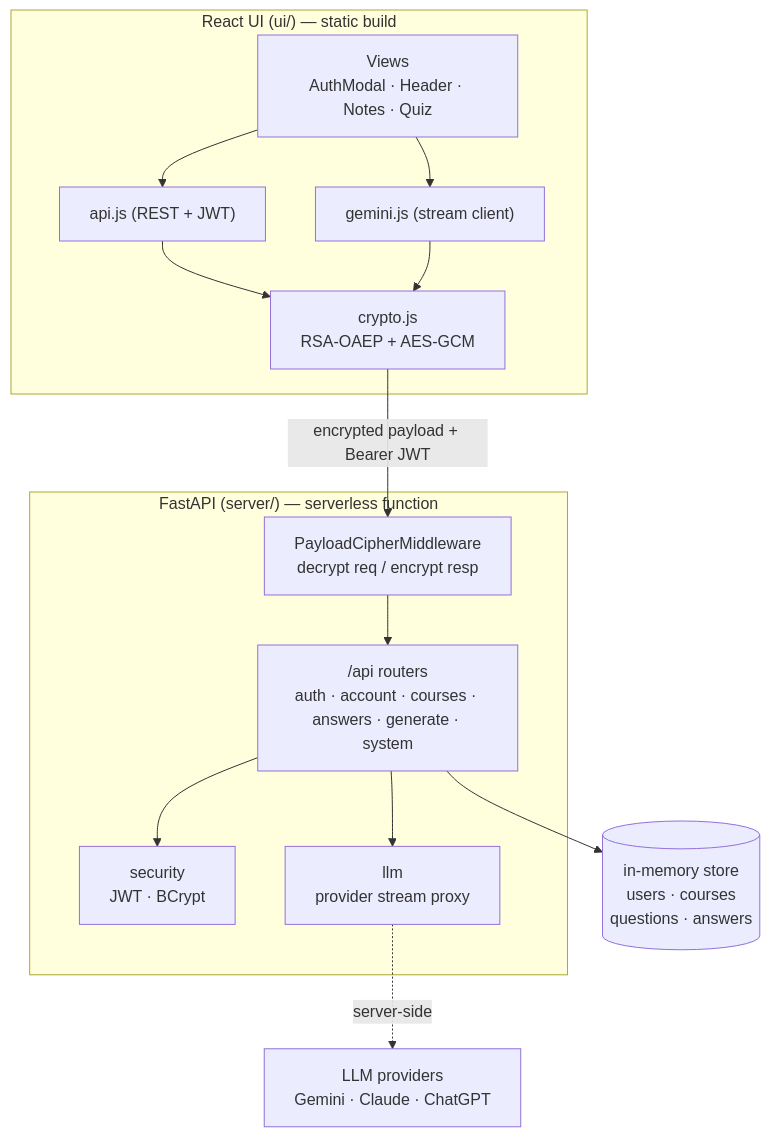
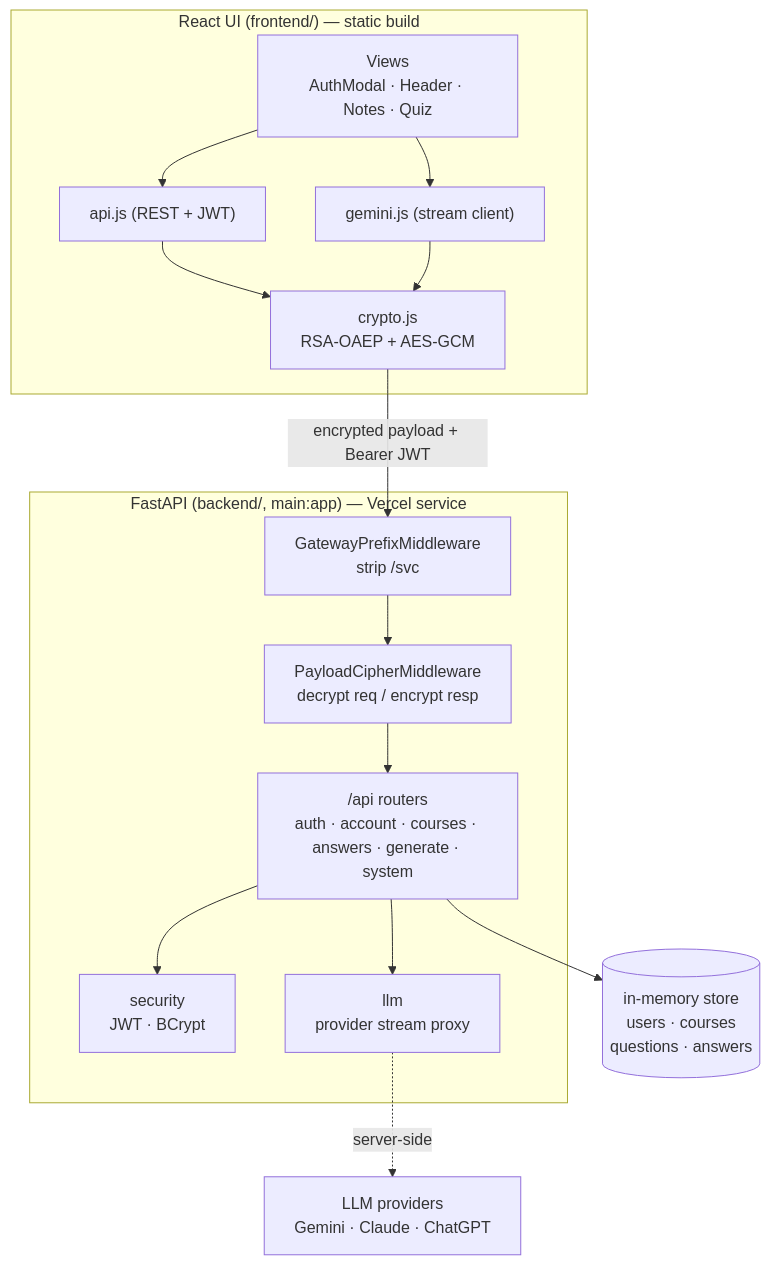
The first of 5 diagrams in docs/ARCHITECTURE.md (rishabh750/quiz), drawn with Mermaid before and after one commit. The commit also changed other lines of this file and 48 other files, not shown here.

````diff
--- a/docs/ARCHITECTURE.md
+++ b/docs/ARCHITECTURE.md
@@ -9,27 +9,28 @@
 ```mermaid
 graph TB
-  subgraph UI["React UI (ui/) — static build"]
+  subgraph UI["React UI (frontend/) — static build"]
     V["Views<br/>AuthModal · Header · Notes · Quiz"]
     API["api.js (REST + JWT)"]
     CR["crypto.js<br/>RSA-OAEP + AES-GCM"]
     LLM["gemini.js (stream client)"]
     V --> API --> CR
     V --> LLM --> CR
   end
 
-  subgraph Backend["FastAPI (server/) — serverless function"]
+  subgraph Backend["FastAPI (backend/, main:app) — Vercel service"]
+    GW["GatewayPrefixMiddleware<br/>strip /svc"]
     MW["PayloadCipherMiddleware<br/>decrypt req / encrypt resp"]
     R["/api routers<br/>auth · account · courses · answers · generate · system"]
     SEC["security<br/>JWT · BCrypt"]
     PROXY["llm<br/>provider stream proxy"]
-    MW --> R --> SEC
+    GW --> MW --> R --> SEC
     R --> PROXY
   end
 
   STORE[("in-memory store<br/>users · courses<br/>questions · answers")]
   PROV["LLM providers<br/>Gemini · Claude · ChatGPT"]
 
-  CR -->|encrypted payload + Bearer JWT| MW
+  CR -->|encrypted payload + Bearer JWT| GW
   R --> STORE
   PROXY -.server-side.-> PROV
 ```
````
